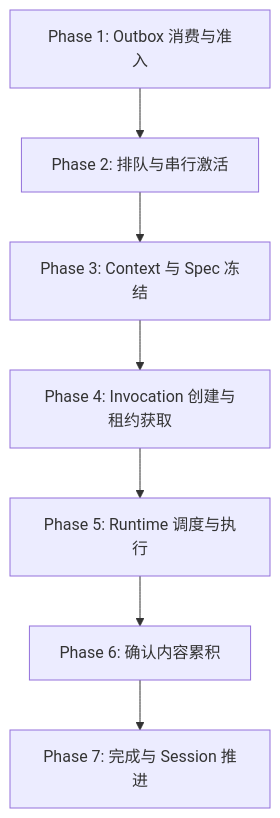
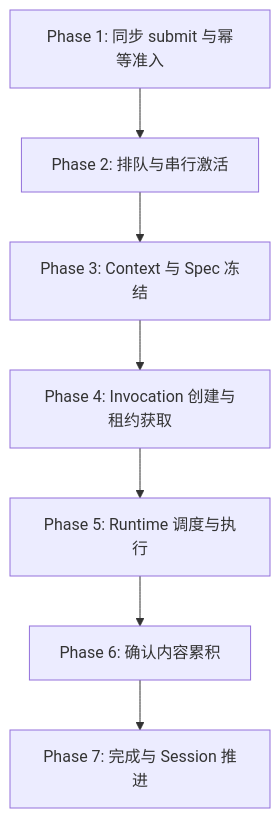
Before and after one commit to JamesLi-NLP/AgentGateway: the sixth of 8 diagrams in design/turn-scheduler-design.md, drawn with Mermaid. The commit also changed other lines of this file and 13 other files, not shown here.

````diff
--- a/design/turn-scheduler-design.md
+++ b/design/turn-scheduler-design.md
@@ -434,9 +536,9 @@
 ```mermaid
 flowchart TD
-    A[Phase 1: Outbox 消费与准入] --> B[Phase 2: 排队与串行激活]
+    A[Phase 1: 同步 submit 与幂等准入] --> B[Phase 2: 排队与串行激活]
     B --> C[Phase 3: Context 与 Spec 冻结]
     C --> D[Phase 4: Invocation 创建与租约获取]
     D --> E[Phase 5: Runtime 调度与执行]
     E --> F[Phase 6: 确认内容累积]
     F --> G[Phase 7: 完成与 Session 推进]
 ```
````
